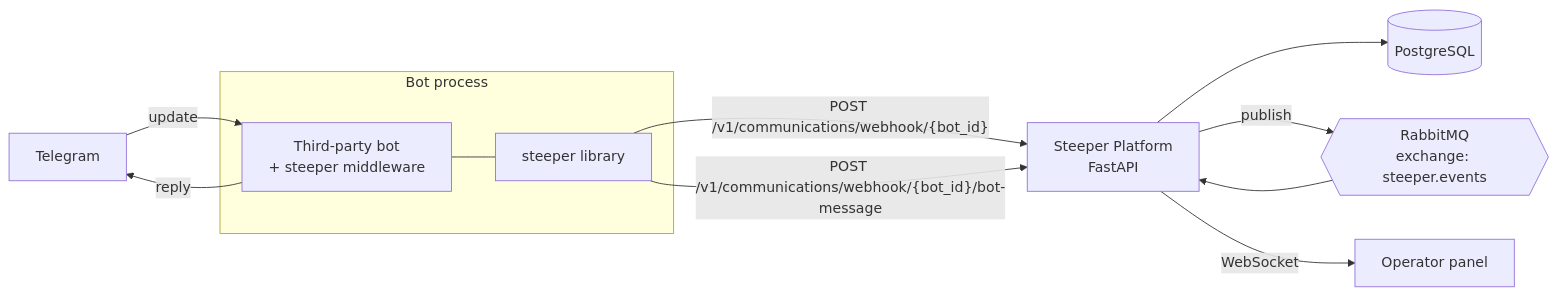
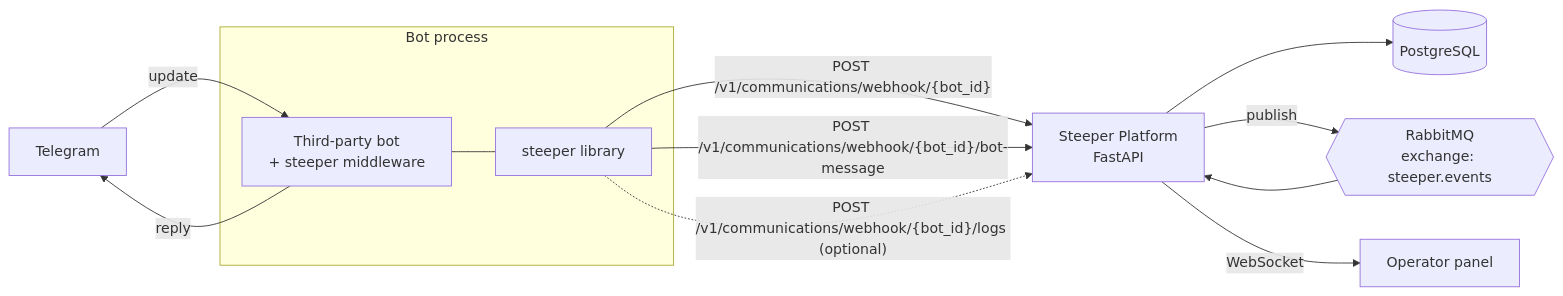
Before and after one commit to KarimovMurodilla/steeper: the first of 3 diagrams in README.md, drawn with Mermaid. The commit also changed other lines of this file and 12 other files, not shown here.

````diff
--- a/README.md
+++ b/README.md
@@ -260,17 +333,18 @@
 ```mermaid
 flowchart LR
     TG[Telegram] -->|update| BOT[Third-party bot\n+ steeper middleware]
     BOT -->|reply| TG
 
     subgraph CLIENT[Bot process]
         BOT --- LIB[steeper library]
     end
 
     LIB -->|"POST /v1/communications/webhook/{bot_id}"| API[Steeper Platform\nFastAPI]
     LIB -->|"POST /v1/communications/webhook/{bot_id}/bot-message"| API
+    LIB -.->|"POST /v1/communications/webhook/{bot_id}/logs (optional)"| API
 
     API --> DB[(PostgreSQL)]
     API -->|publish| MQ{{RabbitMQ\nexchange: steeper.events}}
     MQ --> API
     API -->|WebSocket| UI[Operator panel]
 ```
````
